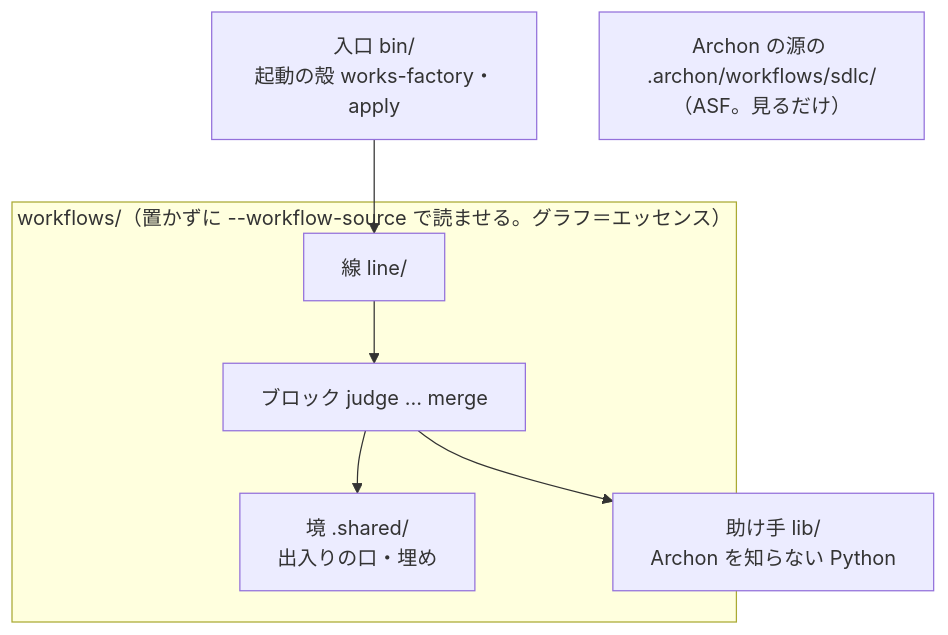
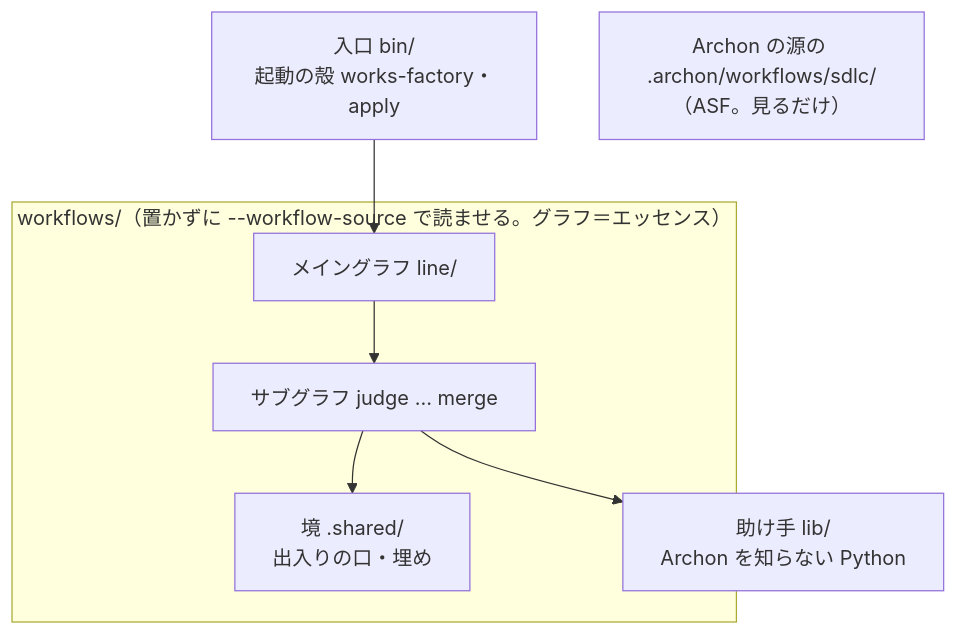
One commit to raiki61/works-factory changed the first of 2 diagrams in docs/design.md. Above: the diagram before and after it, drawn with Mermaid. The commit also changed other lines of this file and 187 other files, not shown here.

````diff
--- a/docs/design.md
+++ b/docs/design.md
@@ -38,15 +45,15 @@
 ```mermaid
 flowchart TB
   entry["入口 bin/<br/>起動の殻 works-factory・apply"]
   subgraph ours["workflows/（置かずに --workflow-source で読ませる。グラフ＝エッセンス）"]
-    line["線 line/"]
-    blocks["ブロック judge … merge"]
+    line["メイングラフ line/"]
+    blocks["サブグラフ judge … merge"]
     shared["境 .shared/<br/>出入りの口・埋め"]
   end
   asf["Archon の源の .archon/workflows/sdlc/（ASF。見るだけ）"]
   lib["助け手 lib/<br/>Archon を知らない Python"]
   entry --> line
   line --> blocks
   blocks --> shared
   blocks --> lib
 ```
````
